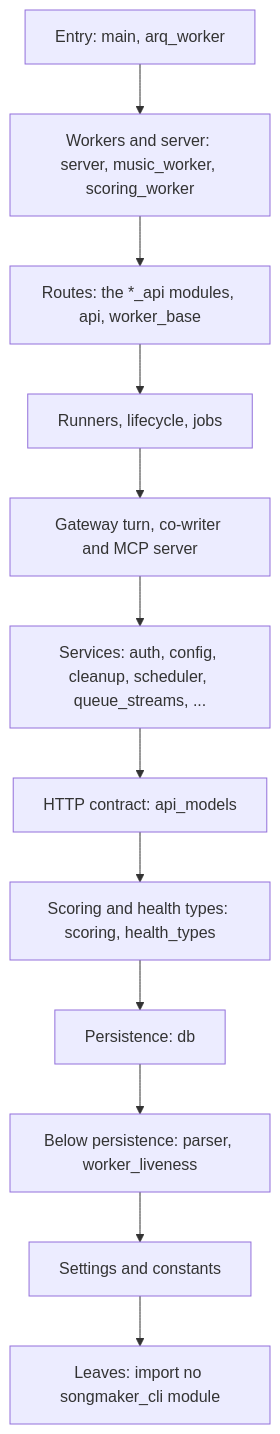
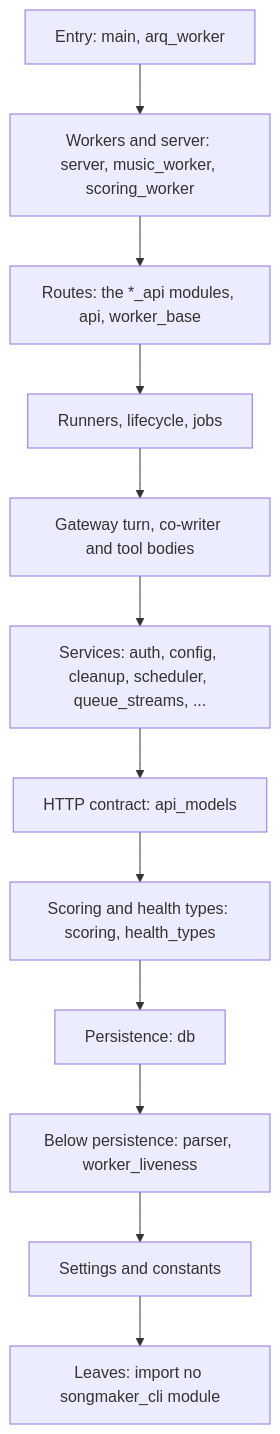
One commit to overnightworks/songmaker changed the diagram in docs/architecture.md. Above: the diagram before and after it, drawn with Mermaid. The commit also changed other lines of this file and 41 other files, not shown here.

````diff
--- a/docs/architecture.md
+++ b/docs/architecture.md
@@ -1324,16 +1324,16 @@
 ```mermaid
 flowchart TB
     entry["Entry: main, arq_worker"]
     workers["Workers and server: server, music_worker, scoring_worker"]
     routes["Routes: the *_api modules, api, worker_base"]
     runtime["Runners, lifecycle, jobs"]
-    ai["Gateway turn, co-writer and MCP server"]
+    ai["Gateway turn, co-writer and tool bodies"]
     services["Services: auth, config, cleanup, scheduler, queue_streams, ..."]
     contract["HTTP contract: api_models"]
     typed["Scoring and health types: scoring, health_types"]
     persistence["Persistence: db"]
     below["Below persistence: parser, worker_liveness"]
     base["Settings and constants"]
     leaves["Leaves: import no songmaker_cli module"]
     entry --> workers --> routes --> runtime --> ai --> services --> contract --> typed --> persistence --> below --> base --> leaves
 ```
````
